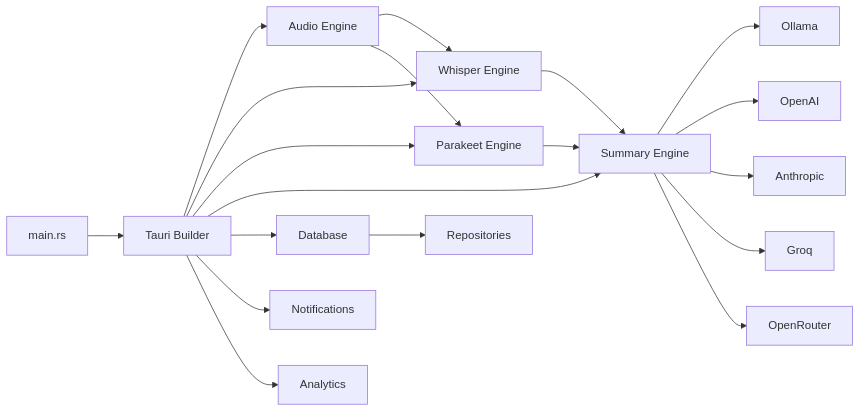
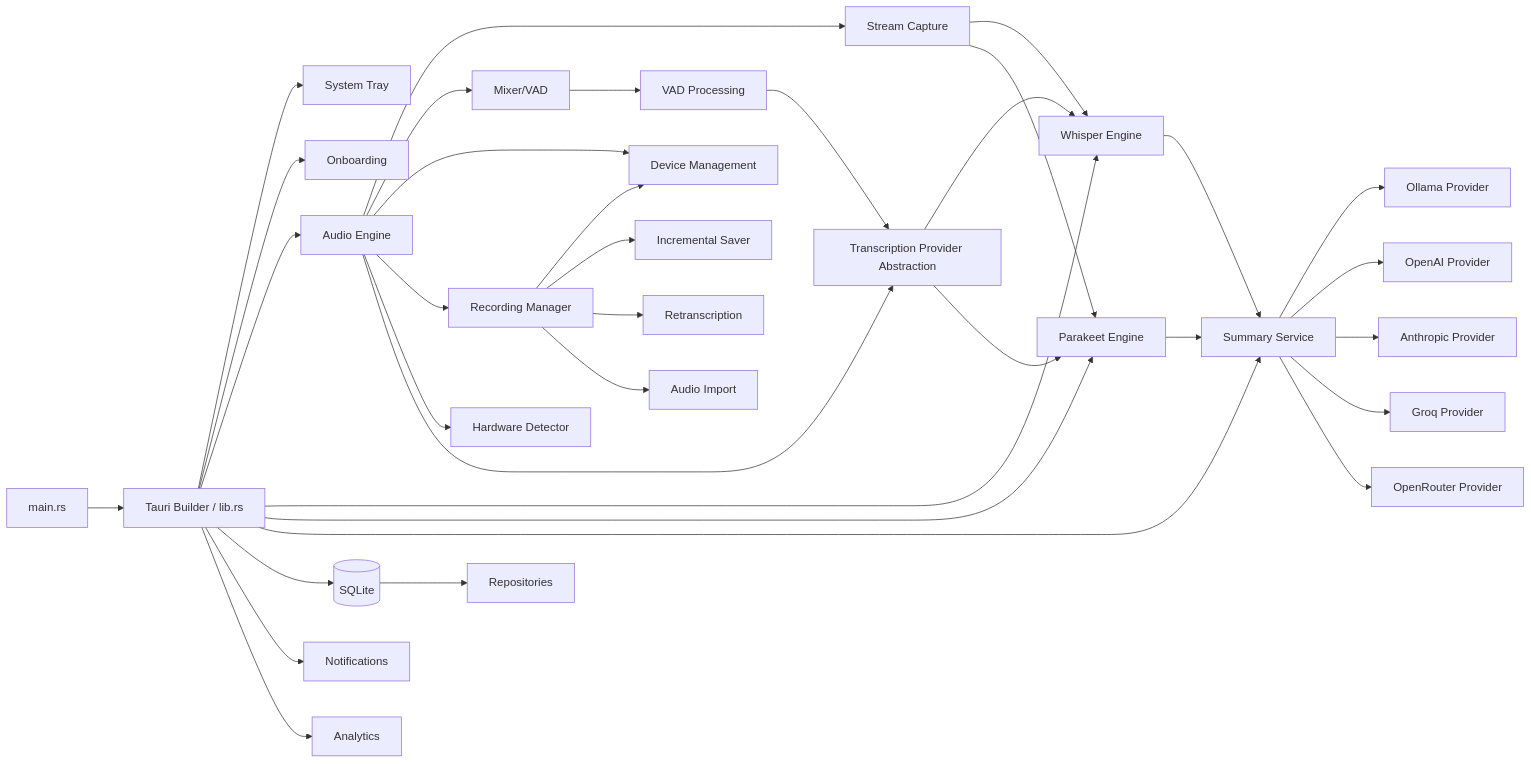
The second of 2 diagrams in docs/CODEBASE_MAP_ARCHITECTURE.md (MPGek/meetily-mpg), drawn with Mermaid before and after one commit. The commit also changed other lines of this file and 57 other files, not shown here.

````diff
--- a/docs/CODEBASE_MAP_ARCHITECTURE.md
+++ b/docs/CODEBASE_MAP_ARCHITECTURE.md
@@ -140,24 +221,46 @@
 ```mermaid
 graph LR
-    Main[main.rs] --> Tauri[Tauri Builder]
+    Main[main.rs] --> Tauri[Tauri Builder / lib.rs]
+    Tauri --> Tray[System Tray]
+    Tauri --> Onboarding[Onboarding]
+    
     Tauri --> Audio[Audio Engine]
     Tauri --> Whisper[Whisper Engine]
     Tauri --> Parakeet[Parakeet Engine]
-    Tauri --> Summary[Summary Engine]
-    Tauri --> DB[Database]
+    Tauri --> Summary[Summary Service]
+    Tauri --> DB[(SQLite)]
     Tauri --> Notifications[Notifications]
     Tauri --> Analytics[Analytics]
     
-    Audio --> Whisper
-    Audio --> Parakeet
+    Audio --> Capture[Stream Capture]
+    Audio --> Mixer[Mixer/VAD]
+    Audio --> DeviceMgmt[Device Management]
+    Audio --> RecordingMgr[Recording Manager]
+    Audio --> Hardware[Hardware Detector]
+    Audio --> TranscriptionProvider[Transcription Provider Abstraction]
+    
+    Capture --> Whisper
+    Capture --> Parakeet
+    
+    Mixer --> VAD[VAD Processing]
+    VAD --> TranscriptionProvider
+    
+    TranscriptionProvider --> Whisper
+    TranscriptionProvider --> Parakeet
+    
     Whisper --> Summary
     Parakeet --> Summary
     
-    Summary --> Ollama[Ollama]
-    Summary --> OpenAI[OpenAI]
-    Summary --> Anthropic[Anthropic]
-    Summary --> Groq[Groq]
-    Summary --> OpenRouter[OpenRouter]
+    Summary --> Ollama[Ollama Provider]
+    Summary --> OpenAI[OpenAI Provider]
+    Summary --> Anthropic[Anthropic Provider]
+    Summary --> Groq[Groq Provider]
+    Summary --> OpenRouter[OpenRouter Provider]
     
     DB --> Repos[Repositories]
+    
+    RecordingMgr --> DeviceMgmt
+    RecordingMgr --> IncrementalSaver[Incremental Saver]
+    RecordingMgr --> Retranscription[Retranscription]
+    RecordingMgr --> Import[Audio Import]
 ```
````
